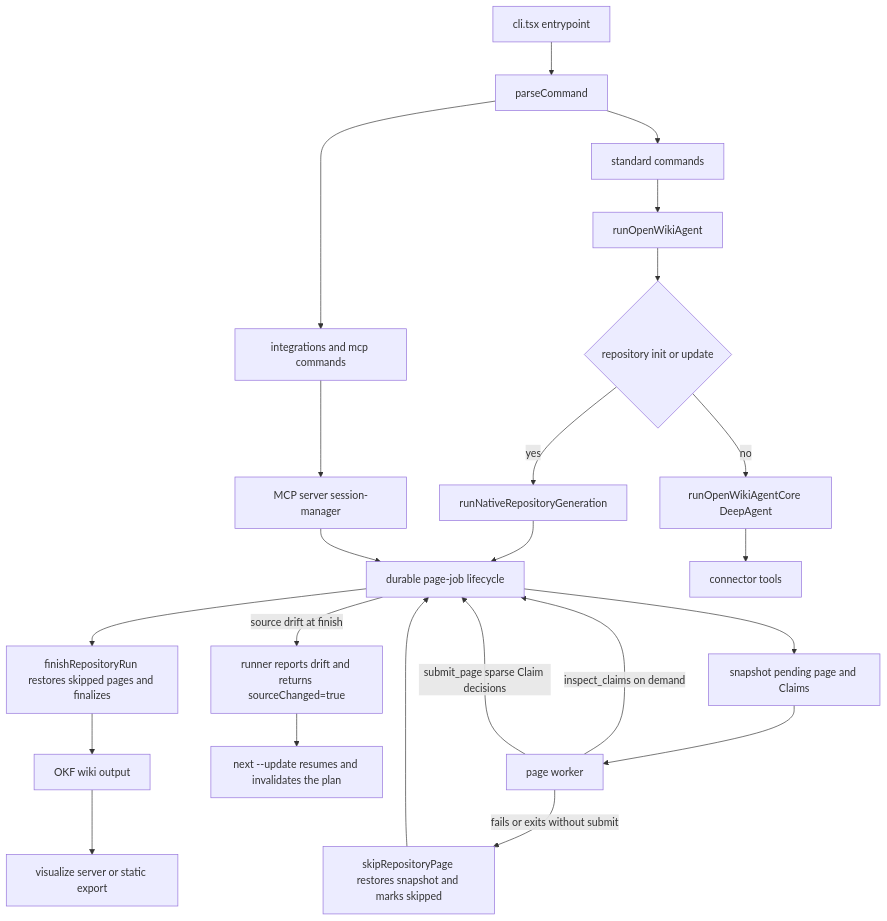
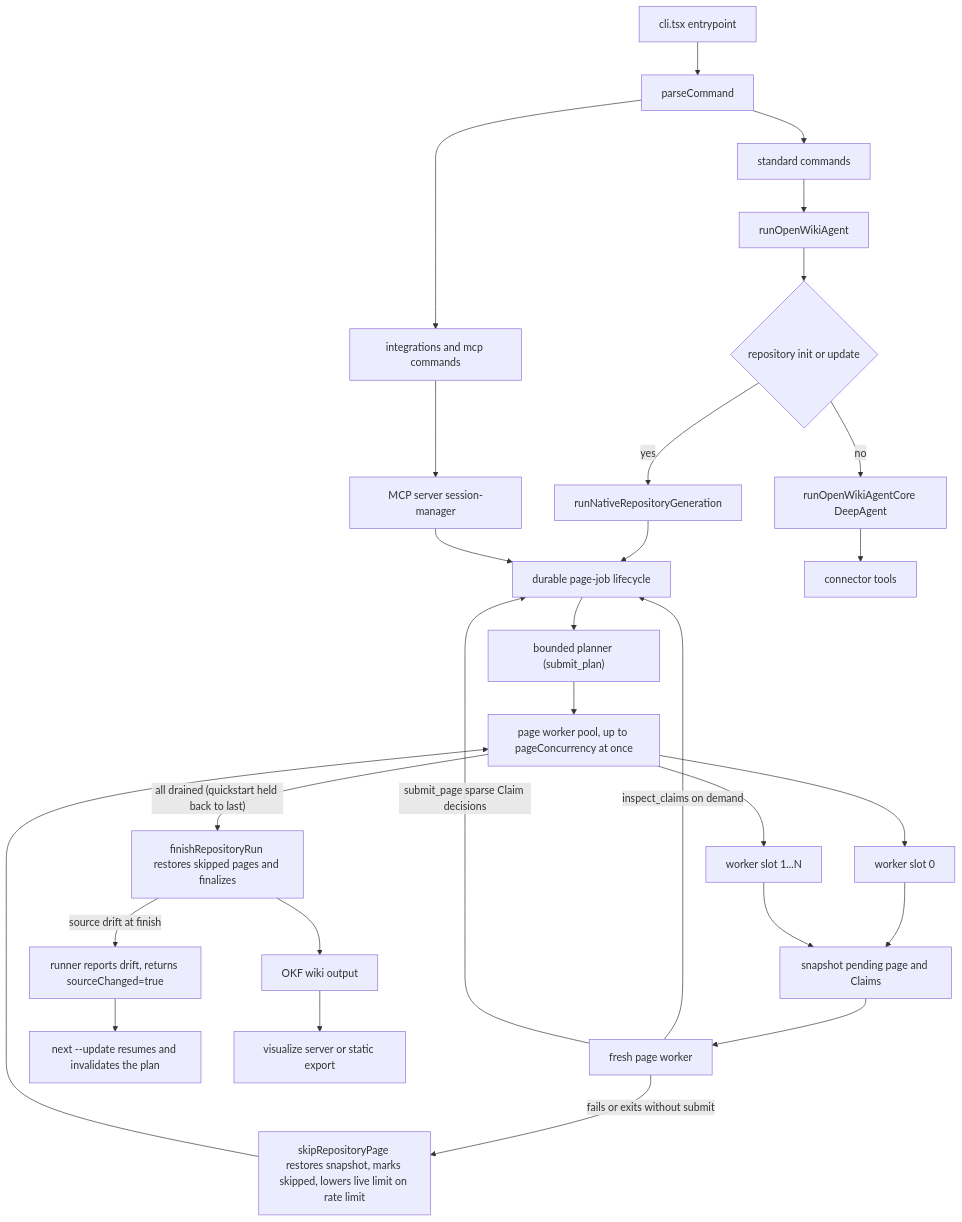
Before and after one commit to langchain-ai/openwiki: the first of 2 diagrams in openwiki/architecture/overview.md, drawn with Mermaid. The commit also changed other lines of this file and 37 other files, not shown here.

````diff
--- a/openwiki/architecture/overview.md
+++ b/openwiki/architecture/overview.md
@@ -79,25 +82,30 @@
 ```mermaid
 flowchart TD
   CLI["cli.tsx entrypoint"] --> Parse["parseCommand"]
   Parse --> Std["standard commands"]
   Parse --> Host["integrations and mcp commands"]
   Std --> RunAgent["runOpenWikiAgent"]
   RunAgent --> RepoGen{"repository init or update"}
   RepoGen -->|yes| NativeRun["runNativeRepositoryGeneration"]
   RepoGen -->|no| Core["runOpenWikiAgentCore DeepAgent"]
   NativeRun --> Lifecycle["durable page-job lifecycle"]
   Host --> McpServer["MCP server session-manager"]
   McpServer --> Lifecycle
   Core --> Connectors["connector tools"]
-  Lifecycle --> Snapshot["snapshot pending page and Claims"]
-  Snapshot --> PageWorker["page worker"]
-  PageWorker -->|"fails or exits without submit"| Skip["skipRepositoryPage restores snapshot and marks skipped"]
-  Skip --> Lifecycle
+  Lifecycle --> Planner["bounded planner (submit_plan)"]
+  Planner --> Pool["page worker pool, up to pageConcurrency at once"]
+  Pool --> Slot1["worker slot 0"]
+  Pool --> Slot2["worker slot 1...N"]
+  Slot1 --> Snapshot["snapshot pending page and Claims"]
+  Slot2 --> Snapshot
+  Snapshot --> PageWorker["fresh page worker"]
+  PageWorker -->|"fails or exits without submit"| Skip["skipRepositoryPage restores snapshot, marks skipped, lowers live limit on rate limit"]
+  Skip --> Pool
   PageWorker -->|"inspect_claims on demand"| Lifecycle
   PageWorker -->|"submit_page sparse Claim decisions"| Lifecycle
-  Lifecycle -->|"source drift at finish"| Report["runner reports drift and returns sourceChanged=true"]
+  Pool -->|"all drained (quickstart held back to last)"| Finalize["finishRepositoryRun restores skipped pages and finalizes"]
+  Finalize -->|"source drift at finish"| Report["runner reports drift, returns sourceChanged=true"]
   Report --> LaterUpdate["next --update resumes and invalidates the plan"]
-  Lifecycle --> Finalize["finishRepositoryRun restores skipped pages and finalizes"]
   Finalize --> Wiki["OKF wiki output"]
   Wiki --> Viz["visualize server or static export"]
 ```
````
